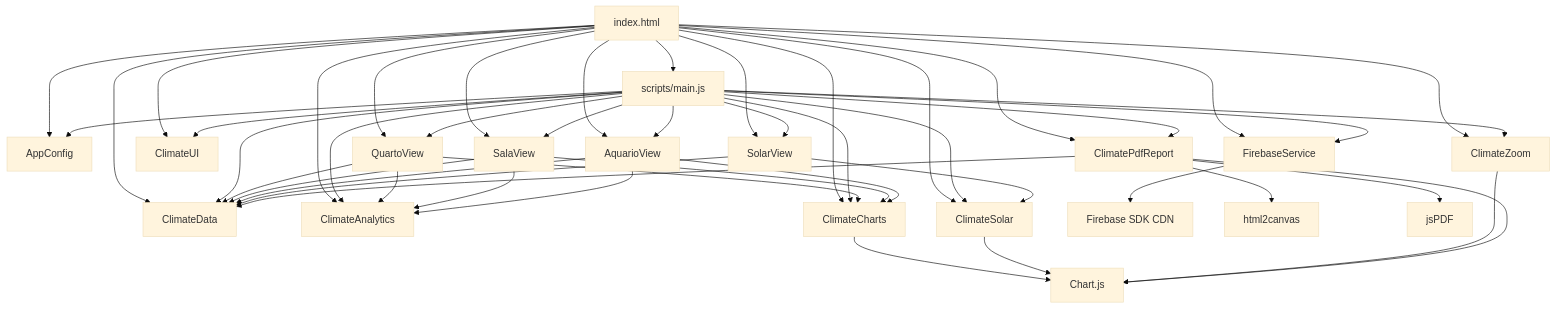
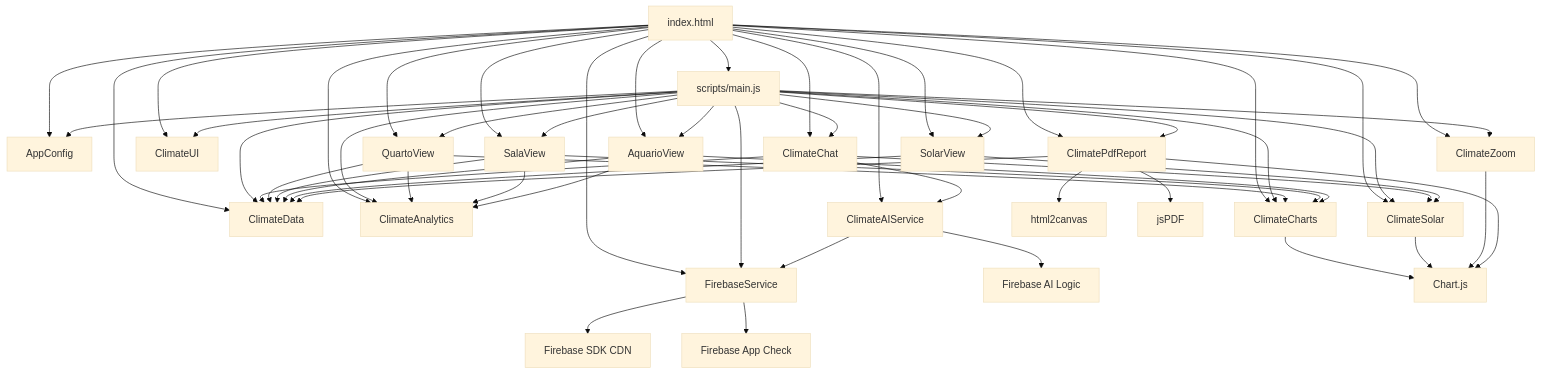
The first of 2 diagrams in docs/DEPENDENCY_MAP.md (anvmano/anvmano.github.io), drawn with Mermaid (base theme) before and after one commit. The commit also changed other lines of this file and 17 other files, not shown here.

````diff
--- a/docs/DEPENDENCY_MAP.md
+++ b/docs/DEPENDENCY_MAP.md
@@ -5,51 +5,60 @@
 ```mermaid
 graph TD
     HTML[index.html] --> Config[AppConfig]
     HTML --> Data[ClimateData]
     HTML --> Analytics[ClimateAnalytics]
     HTML --> Solar[ClimateSolar]
     HTML --> Charts[ClimateCharts]
     HTML --> Firebase[FirebaseService]
+    HTML --> AI[ClimateAIService]
+    HTML --> Chat[ClimateChat]
     HTML --> UI[ClimateUI]
     HTML --> Zoom[ClimateZoom]
     HTML --> Pdf[ClimatePdfReport]
     HTML --> Quarto[QuartoView]
     HTML --> Aquario[AquarioView]
     HTML --> Sala[SalaView]
     HTML --> SolarView[SolarView]
     HTML --> Main[scripts/main.js]
 
     Main --> Config
     Main --> Data
     Main --> Analytics
     Main --> Solar
     Main --> Charts
     Main --> Firebase
+    Main --> Chat
     Main --> UI
     Main --> Zoom
     Main --> Pdf
     Main --> Quarto
     Main --> Aquario
     Main --> Sala
     Main --> SolarView
 
     Firebase --> FirebaseSDK[Firebase SDK CDN]
+    Firebase --> AppCheck[Firebase App Check]
+    AI --> Firebase
+    AI --> FirebaseAI[Firebase AI Logic]
+    Chat --> AI
+    Chat --> Data
+    Chat --> Solar
     Quarto --> Data
     Quarto --> Analytics
     Quarto --> Charts
     Sala --> Data
     Sala --> Analytics
     Sala --> Charts
     Aquario --> Data
     Aquario --> Analytics
     Aquario --> Charts
     SolarView --> Data
     SolarView --> Solar
     Charts --> ChartJS[Chart.js]
     Solar --> ChartJS
     Zoom --> ChartJS
     Pdf --> Html2Canvas[html2canvas]
     Pdf --> JsPDF[jsPDF]
     Pdf --> Data
     Pdf --> ChartJS
 ```
````
